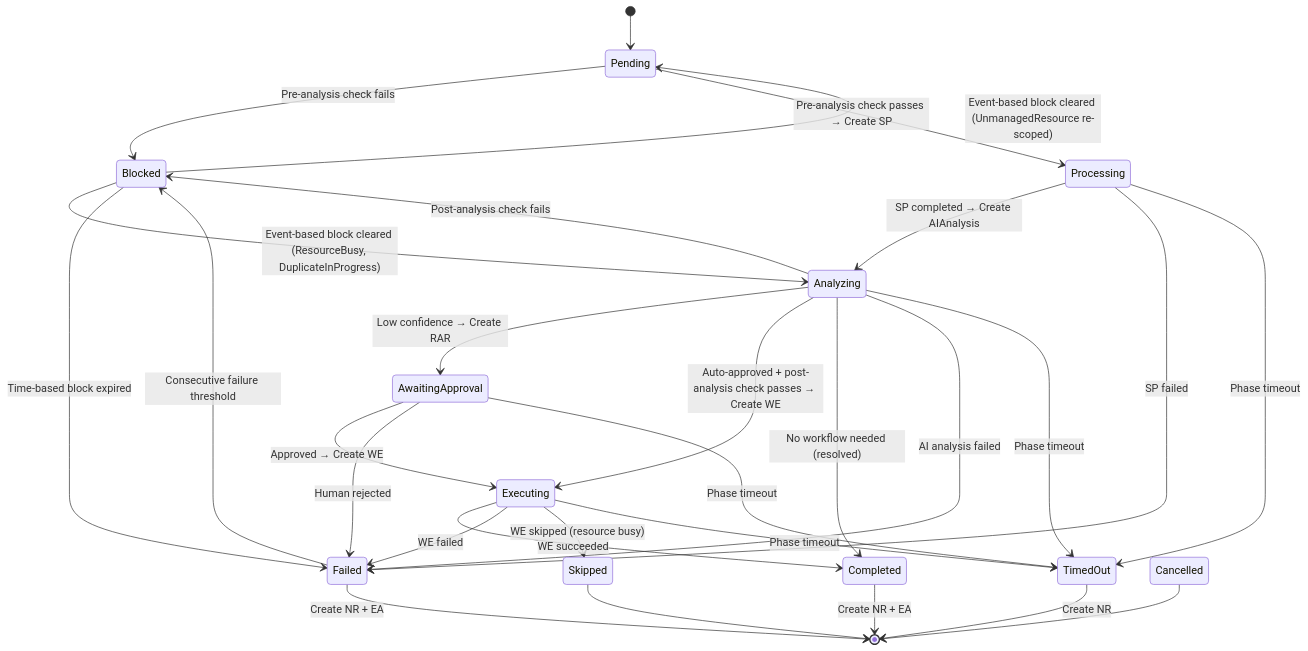
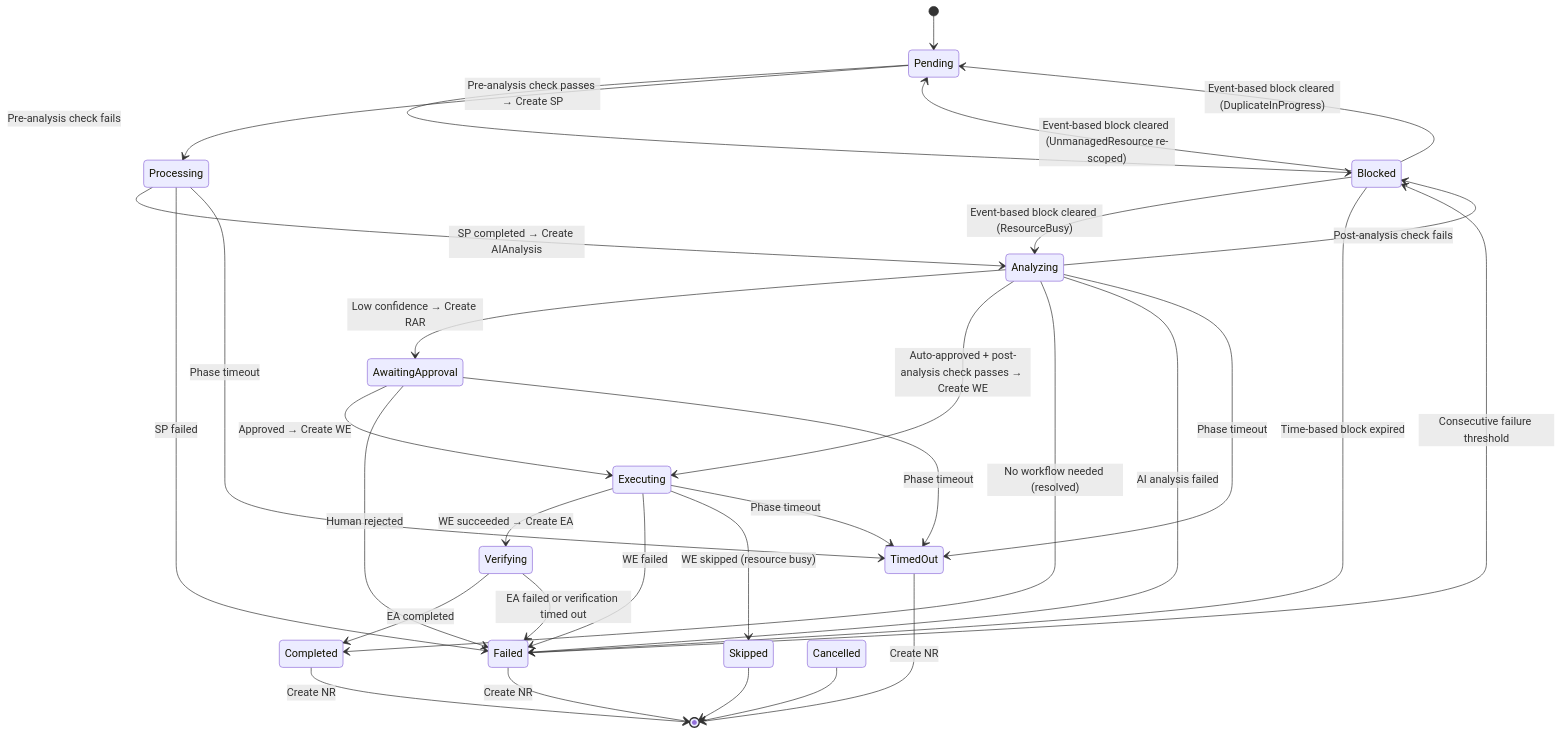
One commit to jordigilh/kubernaut-docs changed the diagram in docs/architecture/remediation-routing.md. Above: the diagram before and after it, drawn with Mermaid. The commit also changed other lines of this file and 6 other files, not shown here.

````diff
--- a/docs/architecture/remediation-routing.md
+++ b/docs/architecture/remediation-routing.md
@@ -9,31 +9,34 @@
 ```mermaid
 stateDiagram-v2
     [*] --> Pending
     Pending --> Blocked: Pre-analysis check fails
     Pending --> Processing: Pre-analysis check passes → Create SP
     Processing --> Analyzing: SP completed → Create AIAnalysis
     Processing --> Failed: SP failed
     Processing --> TimedOut: Phase timeout
     Analyzing --> AwaitingApproval: Low confidence → Create RAR
     Analyzing --> Executing: Auto-approved + post-analysis check passes → Create WE
     Analyzing --> Blocked: Post-analysis check fails
     Analyzing --> Completed: No workflow needed (resolved)
     Analyzing --> Failed: AI analysis failed
     Analyzing --> TimedOut: Phase timeout
     AwaitingApproval --> Executing: Approved → Create WE
     AwaitingApproval --> Failed: Human rejected
     AwaitingApproval --> TimedOut: Phase timeout
-    Executing --> Completed: WE succeeded
+    Executing --> Verifying: WE succeeded → Create EA
     Executing --> Failed: WE failed
     Executing --> Skipped: WE skipped (resource busy)
     Executing --> TimedOut: Phase timeout
+    Verifying --> Completed: EA completed
+    Verifying --> Failed: EA failed or verification timed out
     Blocked --> Pending: Event-based block cleared (UnmanagedResource re-scoped)
-    Blocked --> Analyzing: Event-based block cleared (ResourceBusy, DuplicateInProgress)
+    Blocked --> Pending: Event-based block cleared (DuplicateInProgress)
+    Blocked --> Analyzing: Event-based block cleared (ResourceBusy)
     Blocked --> Failed: Time-based block expired
     Failed --> Blocked: Consecutive failure threshold
-    Completed --> [*]: Create NR + EA
-    Failed --> [*]: Create NR + EA
+    Completed --> [*]: Create NR
+    Failed --> [*]: Create NR
     TimedOut --> [*]: Create NR
     Skipped --> [*]
     Cancelled --> [*]
 ```
````
